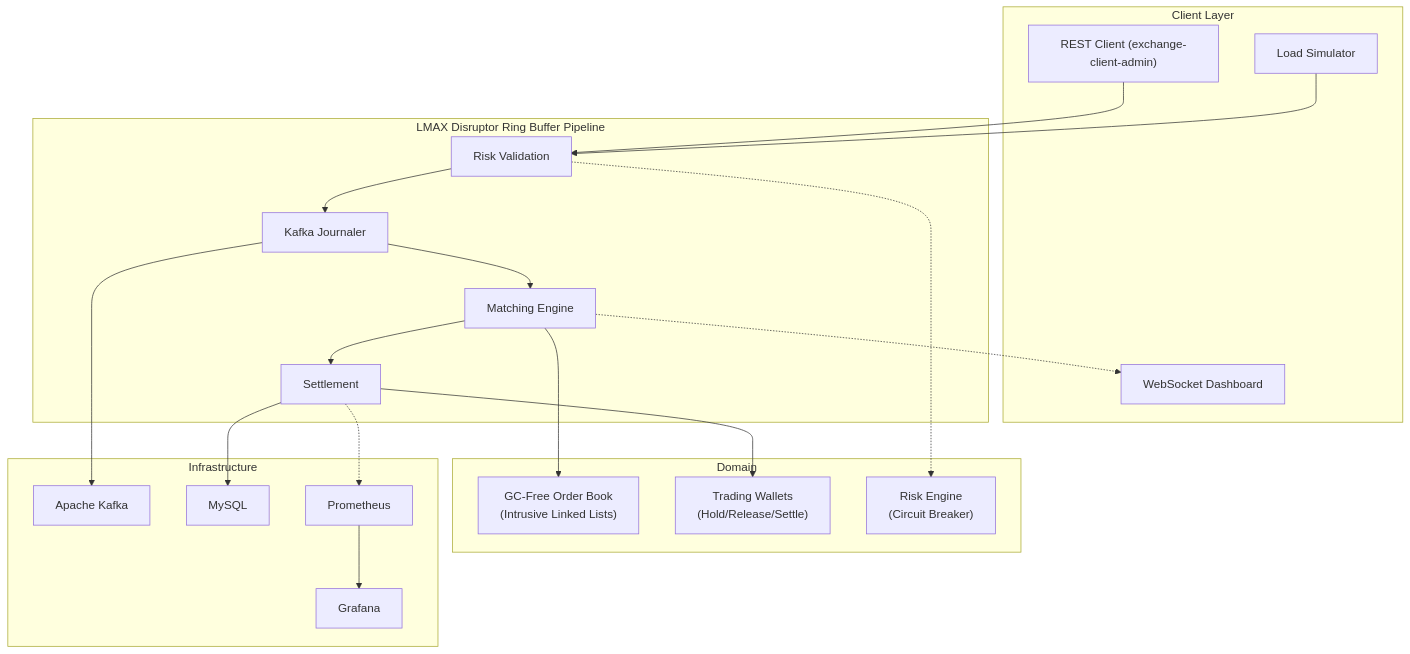
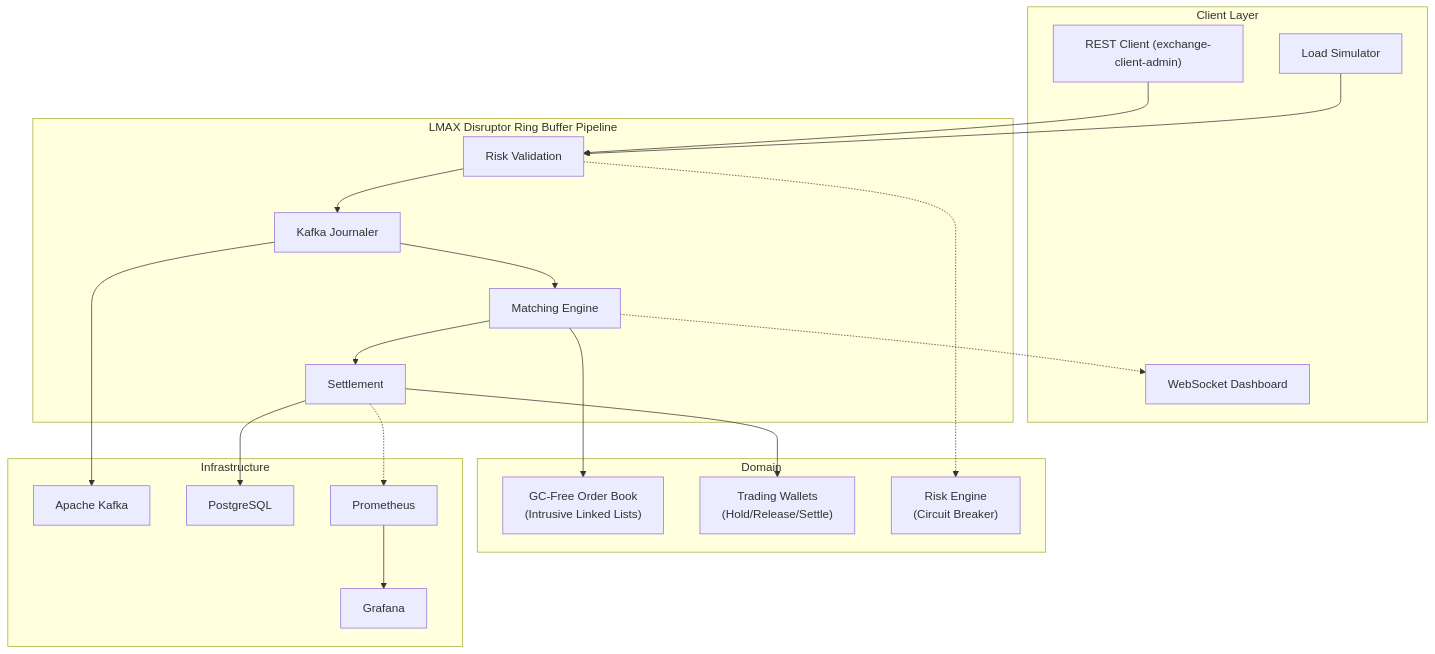
Before and after one commit to shrey0303/Lmax-disruptor-crypto-exchange: the diagram in README.md, drawn with Mermaid. The commit also changed other lines of this file and 7 other files, not shown here.

Commit message:
chore(infra): add Docker Compose for Redpanda, PostgreSQL, Prometheus, Grafana

````diff
--- a/README.md
+++ b/README.md
@@ -25,39 +25,39 @@
 ```mermaid
 graph TB
     subgraph "Client Layer"
         RC["REST Client (exchange-client-admin)"]
         WS["WebSocket Dashboard"]
         LS["Load Simulator"]
     end
 
     subgraph "LMAX Disruptor Ring Buffer Pipeline"
         RV["Risk Validation"]
         TJ["Kafka Journaler"]
         ME["Matching Engine"]
         SH["Settlement"]
     end
 
     subgraph "Domain"
         OB["GC-Free Order Book\n(Intrusive Linked Lists)"]
         TW["Trading Wallets\n(Hold/Release/Settle)"]
         RE["Risk Engine\n(Circuit Breaker)"]
     end
 
     subgraph "Infrastructure"
         K["Apache Kafka"]
-        M["MySQL"]
+        M["PostgreSQL"]
         P["Prometheus"]
         G["Grafana"]
     end
 
     RC --> RV
     LS --> RV
     RV --> TJ --> ME --> SH
     RV -.-> RE
     ME --> OB
     SH --> TW
     ME -.-> WS
     TJ --> K
     SH --> M
     SH -.-> P --> G
 ```
````
